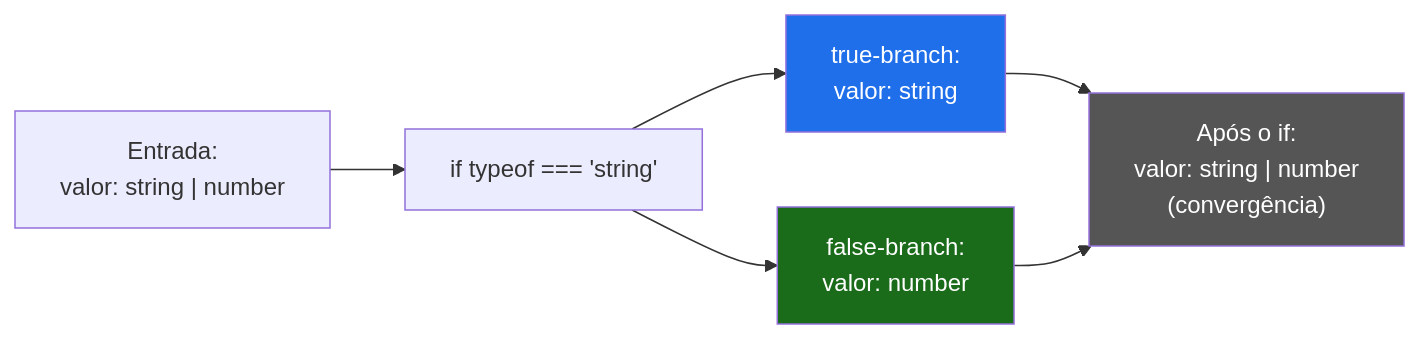
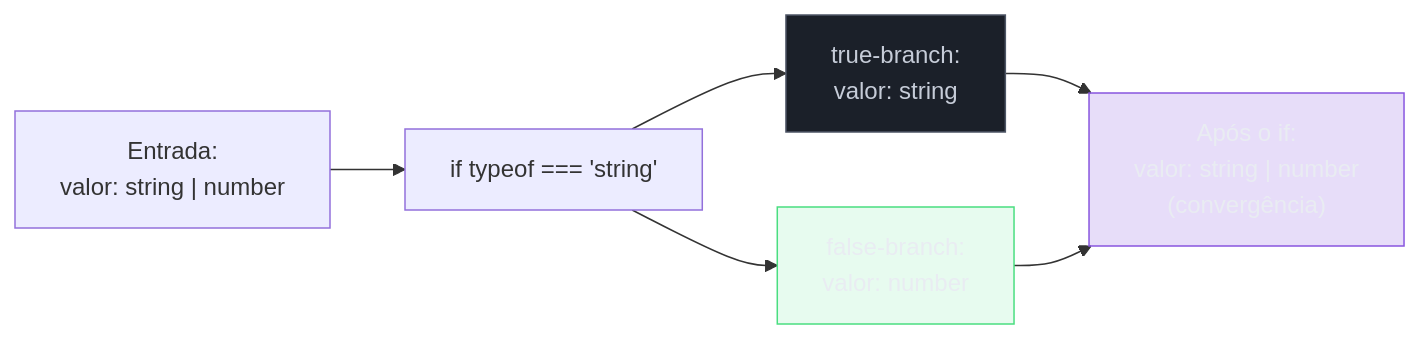
One commit to josenaldo/codex-technomanticus changed the second of 5 diagrams in 03-Dominios/Tecnologia/TypeScript/09 - Type narrowing e type guards.md. Above: the diagram before and after it, drawn with Mermaid. The commit also changed other lines of this file and 1181 other files, not shown here.

First line of the commit message:
fix(diagramas): paleta do sistema no lugar de cor cravada no markdown

````diff
--- a/03-Dominios/Tecnologia/TypeScript/09 - Type narrowing e type guards.md
+++ b/03-Dominios/Tecnologia/TypeScript/09 - Type narrowing e type guards.md
@@ -72,18 +74,21 @@
 ```mermaid
 flowchart LR
+    classDef neutro fill:#1B2029,stroke:#4E5666,color:#C6CCD8
+    classDef ok fill:#4ADE8021,stroke:#4ADE80,color:#E9ECF2
+    classDef marca fill:#8855DF33,stroke:#8855DF,color:#E9ECF2
     A["Entrada:\nvalor: string | number"]
     B["if typeof === 'string'"]
     C["true-branch:\nvalor: string"]
     D["false-branch:\nvalor: number"]
     E["Após o if:\nvalor: string | number\n(convergência)"]
 
     A --> B
     B --> C
     B --> D
     C --> E
     D --> E
 
-    style C fill:#1f6feb,color:#fff
-    style D fill:#1a6b1a,color:#fff
-    style E fill:#555,color:#fff
+    class C neutro
+    class D ok
+    class E marca
 ```
````
